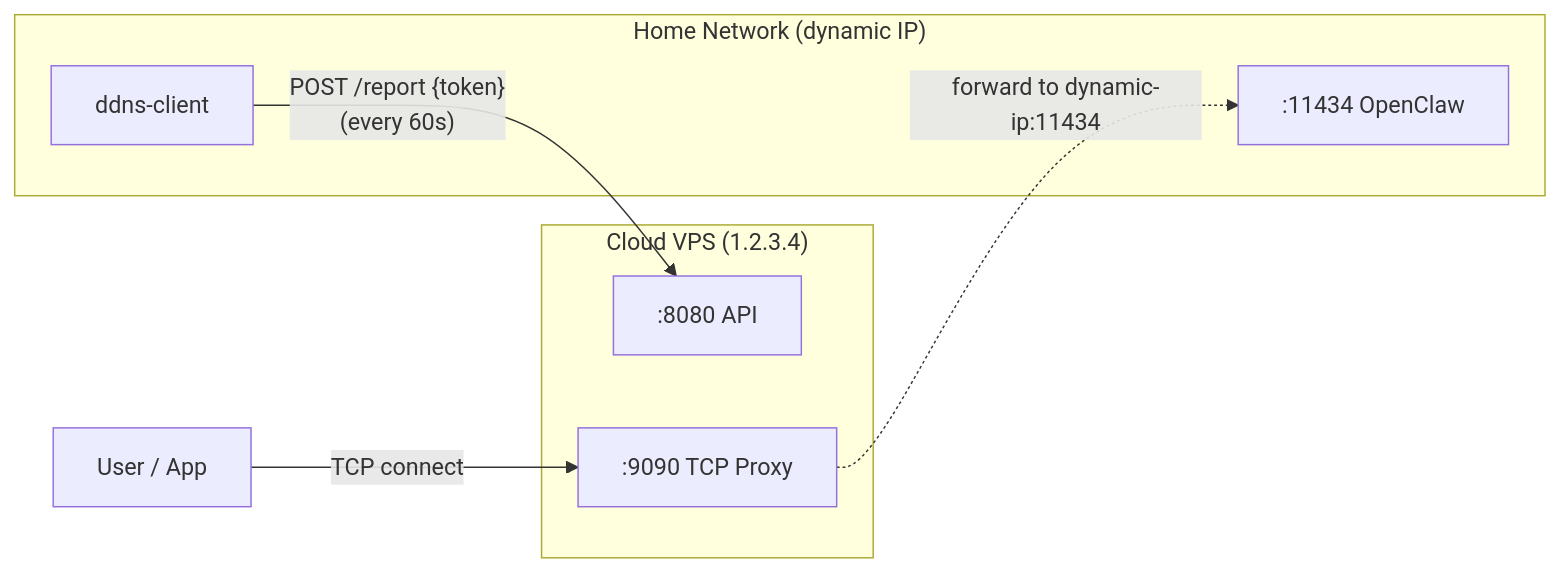
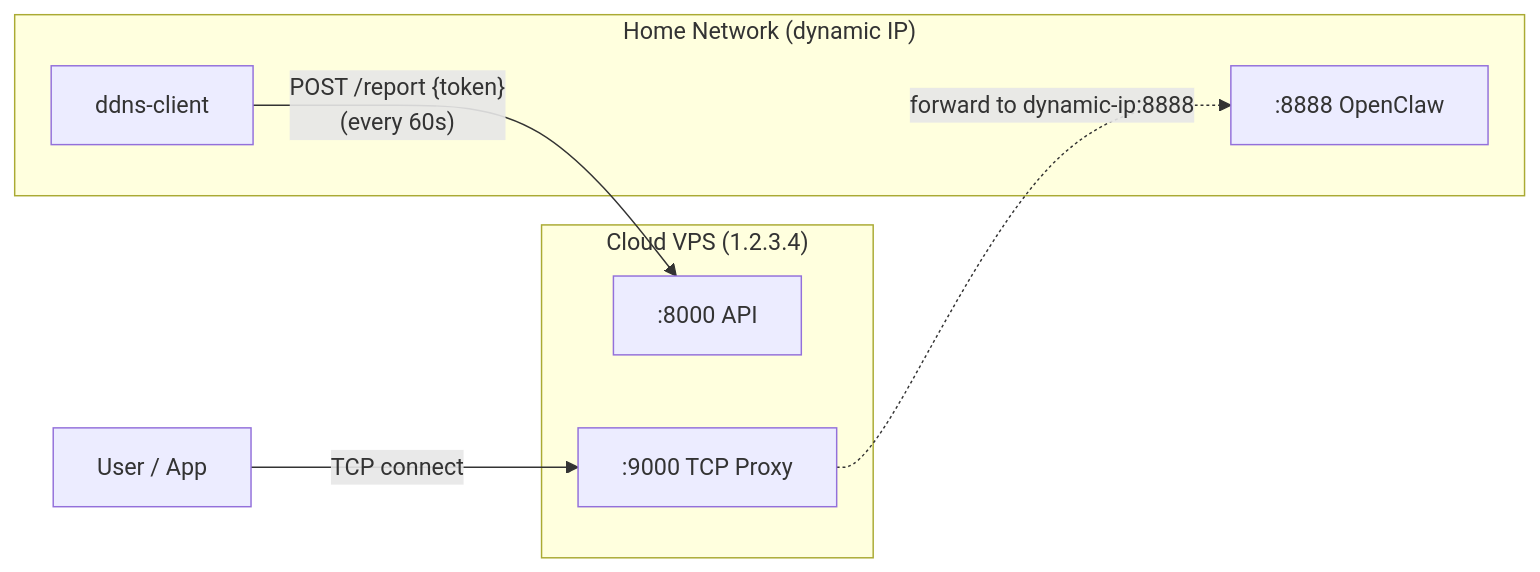
Before and after one commit to CyrusF/ddns: the first of 2 diagrams in README.md, drawn with Mermaid. The commit also changed other lines of this file and 1 other file, not shown here.

````diff
--- a/README.md
+++ b/README.md
@@ -9,18 +9,18 @@
 ```mermaid
 flowchart LR
     subgraph home ["Home Network (dynamic IP)"]
-        OpenClaw[":11434 OpenClaw"]
+        OpenClaw[":8888 OpenClaw"]
         ddnsClient["ddns-client"]
     end
 
     subgraph vps ["Cloud VPS (1.2.3.4)"]
-        apiPort[":8080 API"]
-        proxyPort[":9090 TCP Proxy"]
+        apiPort[":8000 API"]
+        proxyPort[":9000 TCP Proxy"]
     end
 
     User["User / App"]
 
     ddnsClient -- "POST /report {token}\n(every 60s)" --> apiPort
     User -- "TCP connect" --> proxyPort
-    proxyPort -. "forward to dynamic-ip:11434" .-> OpenClaw
+    proxyPort -. "forward to dynamic-ip:8888" .-> OpenClaw
 ```
````
